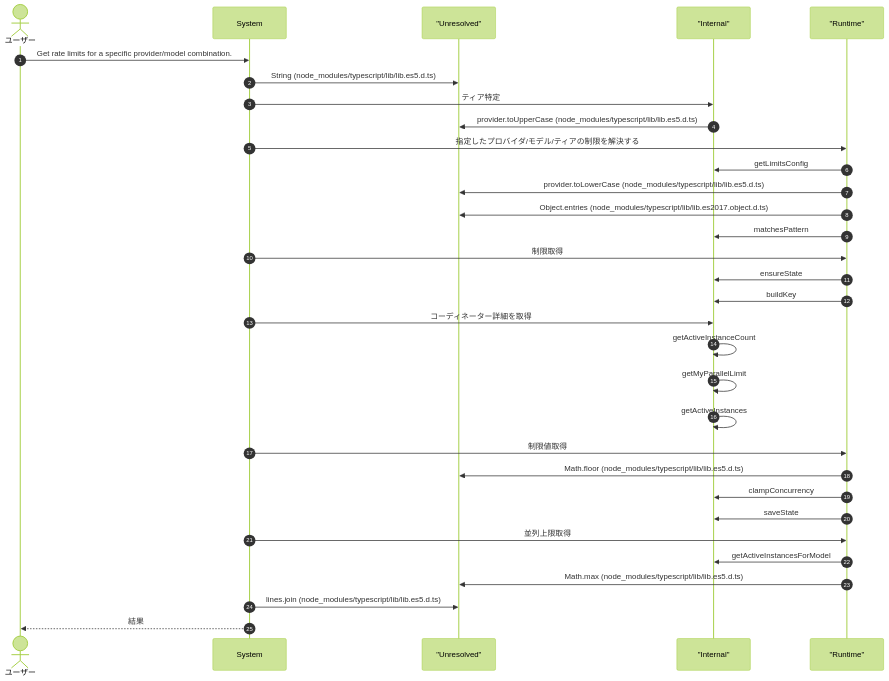
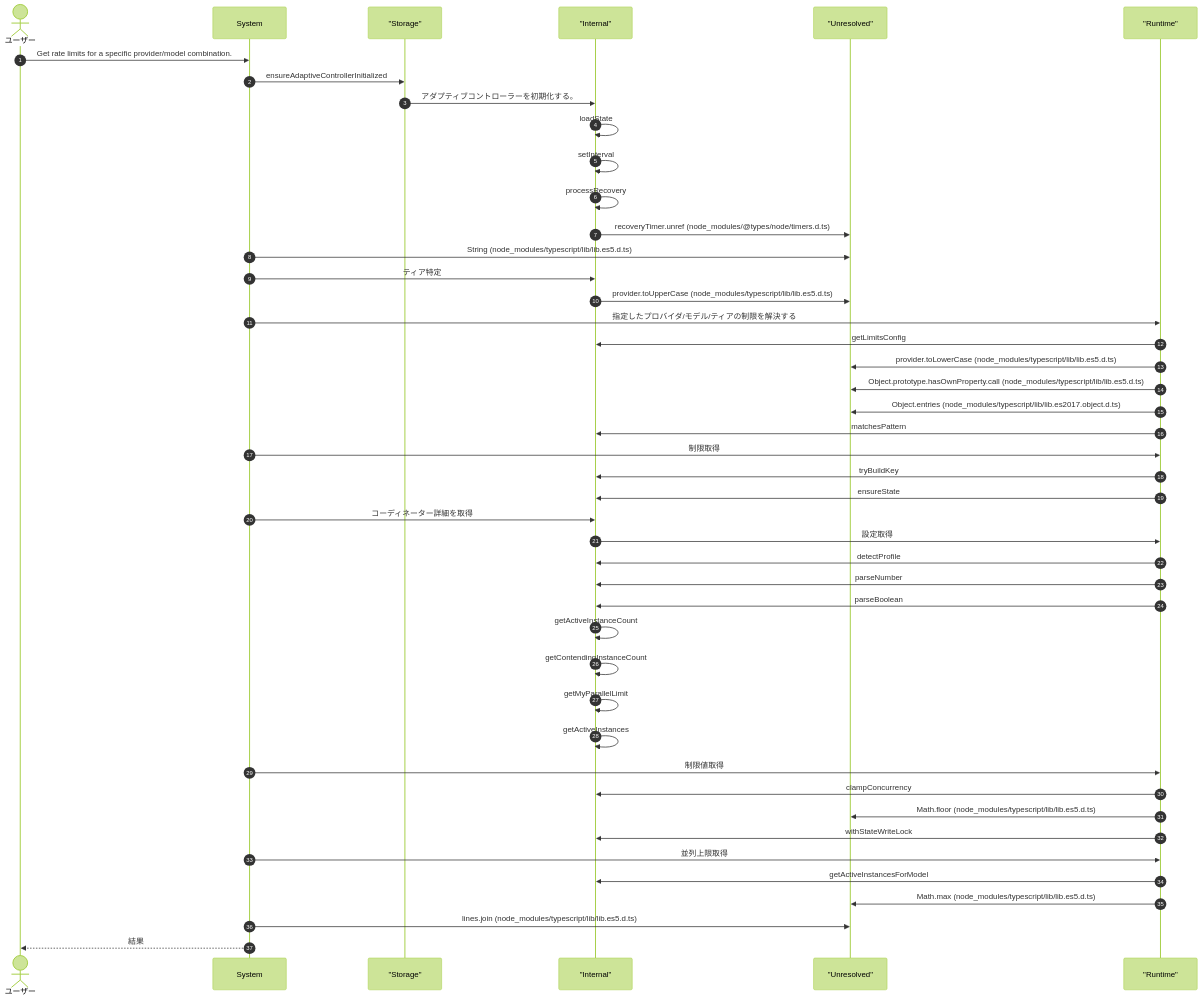
Before and after one commit to Mekann2904/mekann: the second of 4 diagrams in ABDD/.pi/extensions/cross-instance-runtime.md, drawn with Mermaid (forest theme). The commit also changed other lines of this file and 205 other files, not shown here.

````diff
--- a/ABDD/.pi/extensions/cross-instance-runtime.md
+++ b/ABDD/.pi/extensions/cross-instance-runtime.md
@@ -83,36 +103,49 @@
 ```mermaid
 sequenceDiagram
   autonumber
   actor User as ユーザー
   participant System as System
+  participant Storage as "Storage"
+  participant Internal as "Internal"
   participant Unresolved as "Unresolved"
-  participant Internal as "Internal"
   participant Runtime as "Runtime"
 
   User->>System: Get rate limits for a specific provider/model combination.
+  System->>Storage: ensureAdaptiveControllerInitialized
+  Storage->>Internal: アダプティブコントローラーを初期化する。
+  Internal->>Internal: loadState
+  Internal->>Internal: setInterval
+  Internal->>Internal: processRecovery
+  Internal->>Unresolved: recoveryTimer.unref (node_modules/@types/node/timers.d.ts)
   System->>Unresolved: String (node_modules/typescript/lib/lib.es5.d.ts)
   System->>Internal: ティア特定
   Internal->>Unresolved: provider.toUpperCase (node_modules/typescript/lib/lib.es5.d.ts)
   System->>Runtime: 指定したプロバイダ/モデル/ティアの制限を解決する
   Runtime->>Internal: getLimitsConfig
   Runtime->>Unresolved: provider.toLowerCase (node_modules/typescript/lib/lib.es5.d.ts)
+  Runtime->>Unresolved: Object.prototype.hasOwnProperty.call (node_modules/typescript/lib/lib.es5.d.ts)
   Runtime->>Unresolved: Object.entries (node_modules/typescript/lib/lib.es2017.object.d.ts)
   Runtime->>Internal: matchesPattern
   System->>Runtime: 制限取得
+  Runtime->>Internal: tryBuildKey
   Runtime->>Internal: ensureState
-  Runtime->>Internal: buildKey
   System->>Internal: コーディネーター詳細を取得
+  Internal->>Runtime: 設定取得
+  Runtime->>Internal: detectProfile
+  Runtime->>Internal: parseNumber
+  Runtime->>Internal: parseBoolean
   Internal->>Internal: getActiveInstanceCount
+  Internal->>Internal: getContendingInstanceCount
   Internal->>Internal: getMyParallelLimit
   Internal->>Internal: getActiveInstances
   System->>Runtime: 制限値取得
+  Runtime->>Internal: clampConcurrency
   Runtime->>Unresolved: Math.floor (node_modules/typescript/lib/lib.es5.d.ts)
-  Runtime->>Internal: clampConcurrency
-  Runtime->>Internal: saveState
+  Runtime->>Internal: withStateWriteLock
   System->>Runtime: 並列上限取得
   Runtime->>Internal: getActiveInstancesForModel
   Runtime->>Unresolved: Math.max (node_modules/typescript/lib/lib.es5.d.ts)
   System->>Unresolved: lines.join (node_modules/typescript/lib/lib.es5.d.ts)
   System-->>User: 結果
 
 ```
````
